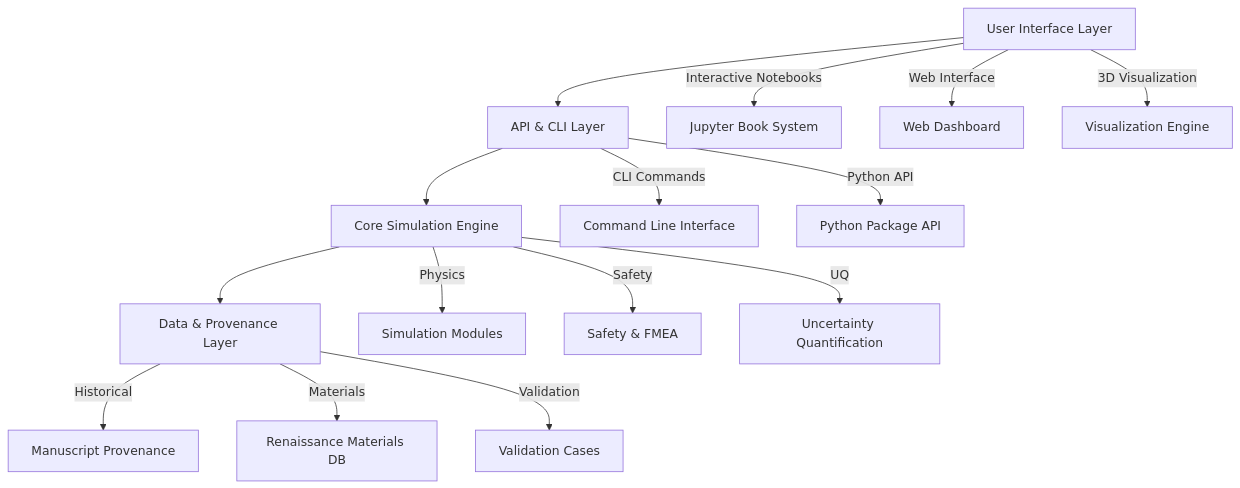
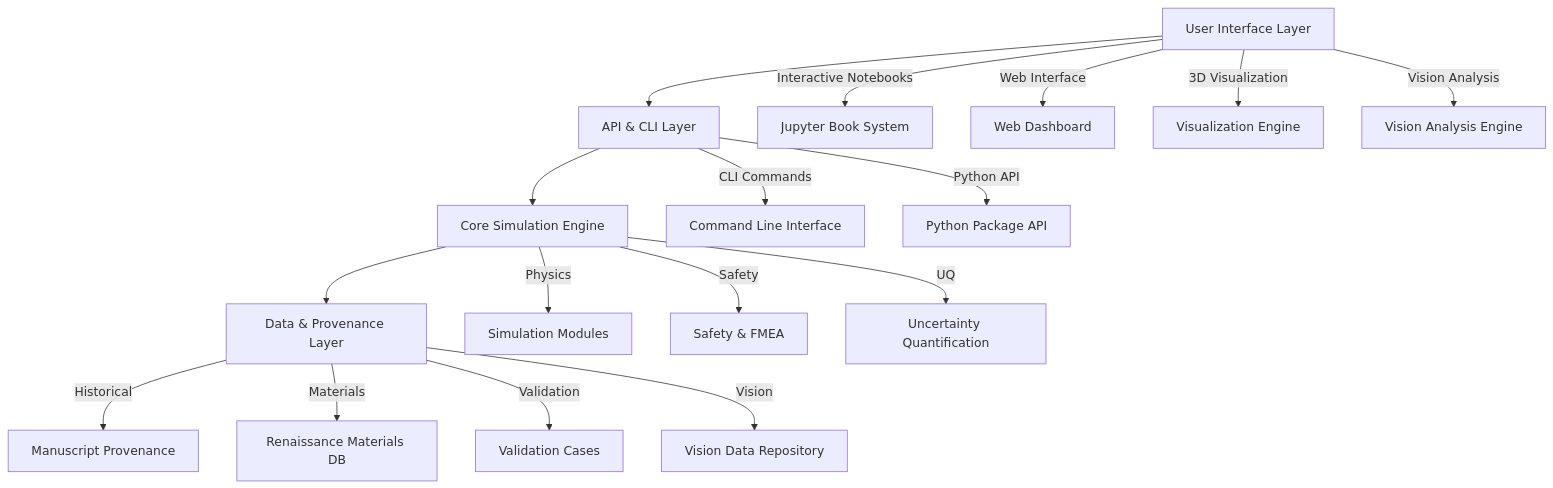
Before and after one commit to Shannon-Labs/davinci-codex: the first of 18 diagrams in ARCHITECTURE.md, drawn with Mermaid. The commit also changed 118 other files, not shown here.

````diff
--- a/ARCHITECTURE.md
+++ b/ARCHITECTURE.md
@@ -9,21 +9,23 @@
 ```mermaid
 graph TB
     UI[User Interface Layer] --> API[API & CLI Layer]
     API --> CORE[Core Simulation Engine]
     CORE --> DATA[Data & Provenance Layer]
     
     UI --> |Interactive Notebooks| JUPYTER[Jupyter Book System]
     UI --> |Web Interface| WEB[Web Dashboard]
     UI --> |3D Visualization| VIZ[Visualization Engine]
+    UI --> |Vision Analysis| VISION[Vision Analysis Engine]
     
     API --> |CLI Commands| CLI[Command Line Interface]
     API --> |Python API| PYAPI[Python Package API]
     
     CORE --> |Physics| SIM[Simulation Modules]
     CORE --> |Safety| SAFETY[Safety & FMEA]
     CORE --> |UQ| UQ[Uncertainty Quantification]
     
     DATA --> |Historical| PROV[Manuscript Provenance]
     DATA --> |Materials| MAT[Renaissance Materials DB]
     DATA --> |Validation| VAL[Validation Cases]
+    DATA --> |Vision| VISION_DATA[Vision Data Repository]
 ```
````
